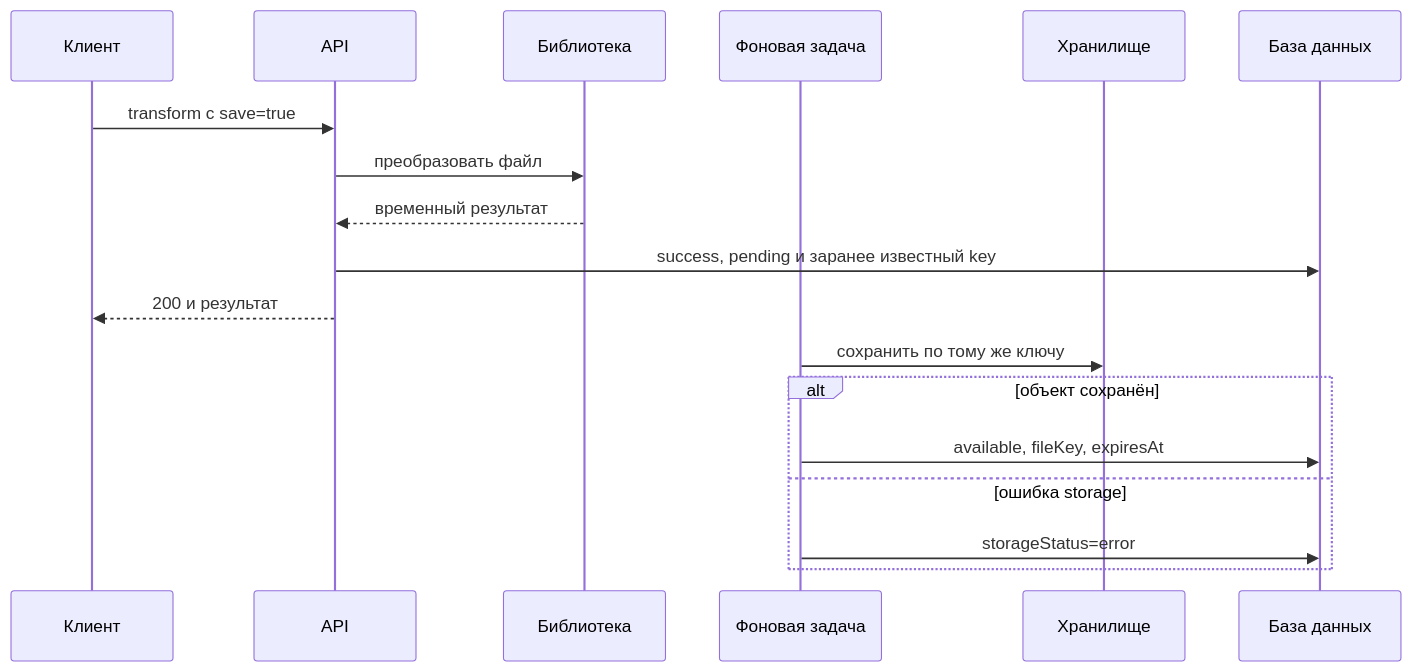
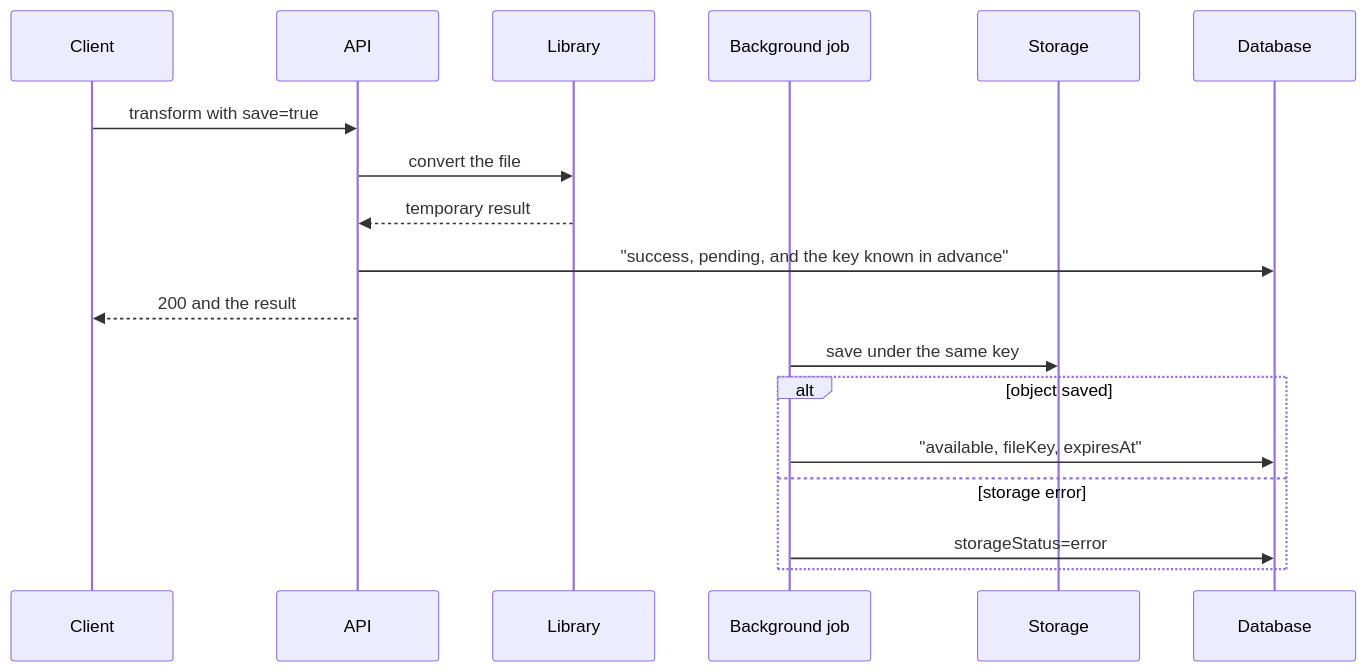
One commit to pavel-skripko-innowise/inno-fe-be-a1 changed the first of 2 diagrams in courses-content/backend/A/1/en/5.2.4 Сохранение результатов трансформаций в хранилище.md. Above: the diagram before and after it, drawn with Mermaid. The commit also changed other lines of this file and 35 other files, not shown here.

````diff
--- a/courses-content/backend/A/1/en/5.2.4 Сохранение результатов трансформаций в хранилище.md
+++ b/courses-content/backend/A/1/en/5.2.4 Сохранение результатов трансформаций в хранилище.md
@@ -33,20 +33,20 @@
 ```mermaid
 sequenceDiagram
-  participant C as Клиент
+  participant C as Client
   participant A as API
-  participant L as Библиотека
-  participant W as Фоновая задача
-  participant S as Хранилище
-  participant D as База данных
-  C->>A: transform с save=true
-  A->>L: преобразовать файл
-  L-->>A: временный результат
-  A->>D: success, pending и заранее известный key
-  A-->>C: 200 и результат
-  W->>S: сохранить по тому же ключу
-  alt объект сохранён
-    W->>D: available, fileKey, expiresAt
-  else ошибка storage
+  participant L as Library
+  participant W as Background job
+  participant S as Storage
+  participant D as Database
+  C->>A: transform with save=true
+  A->>L: convert the file
+  L-->>A: temporary result
+  A->>D: "success, pending, and the key known in advance"
+  A-->>C: 200 and the result
+  W->>S: save under the same key
+  alt object saved
+    W->>D: "available, fileKey, expiresAt"
+  else storage error
     W->>D: storageStatus=error
   end
 ```
````
